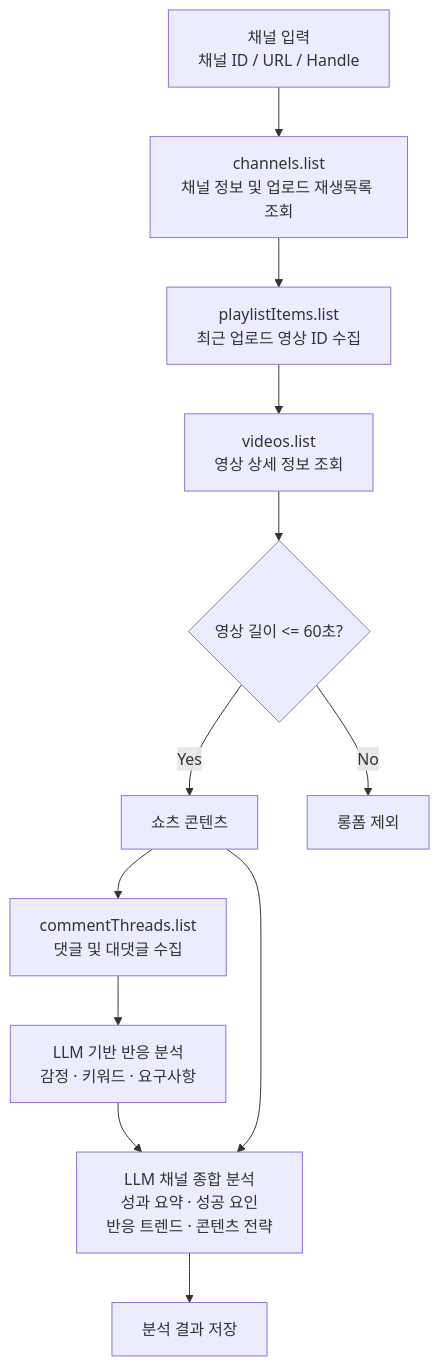
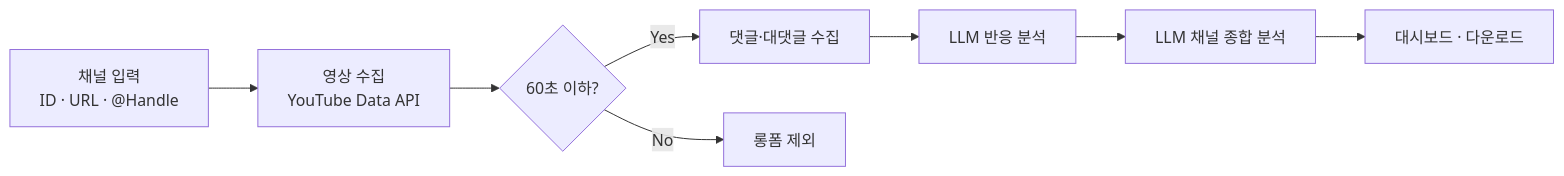
Before and after one commit to yejo0it/youtube-shorts-agent: the diagram in README.md, drawn with Mermaid. The commit also changed other lines of this file, not shown here.

````diff
--- a/README.md
+++ b/README.md
@@ -46,31 +29,10 @@
 ```mermaid
-flowchart TD
-    A["채널 입력<br/>채널 ID / URL / Handle"]
-    B["channels.list<br/>채널 정보 및 업로드 재생목록 조회"]
-    C["playlistItems.list<br/>최근 업로드 영상 ID 수집"]
-    D["videos.list<br/>영상 상세 정보 조회"]
-
-    E{"영상 길이 <= 60초?"}
-
-    F["쇼츠 콘텐츠"]
-    G["롱폼 제외"]
-
-    H["commentThreads.list<br/>댓글 및 대댓글 수집"]
-    I["LLM 기반 반응 분석<br/>감정 · 키워드 · 요구사항"]
-    K["LLM 채널 종합 분석<br/>성과 요약 · 성공 요인<br/>반응 트렌드 · 콘텐츠 전략"]
-    J["분석 결과 저장"]
-
-    A --> B
-    B --> C
-    C --> D
-    D --> E
-
-    E -->|Yes| F
-    E -->|No| G
-
-    F --> H
-    H --> I
-    I --> K
-    F --> K
-    K --> J
+flowchart LR
+    A["채널 입력<br/>ID · URL · @Handle"] --> B["영상 수집<br/>YouTube Data API"]
+    B --> C{"60초 이하?"}
+    C -->|Yes| D["댓글·대댓글 수집"]
+    C -->|No| X["롱폼 제외"]
+    D --> E["LLM 반응 분석"]
+    E --> F["LLM 채널 종합 분석"]
+    F --> G["대시보드 · 다운로드"]
 ```
````
